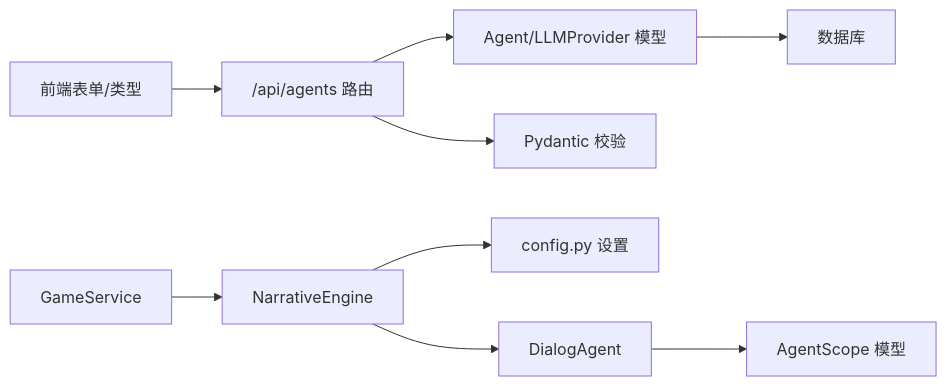
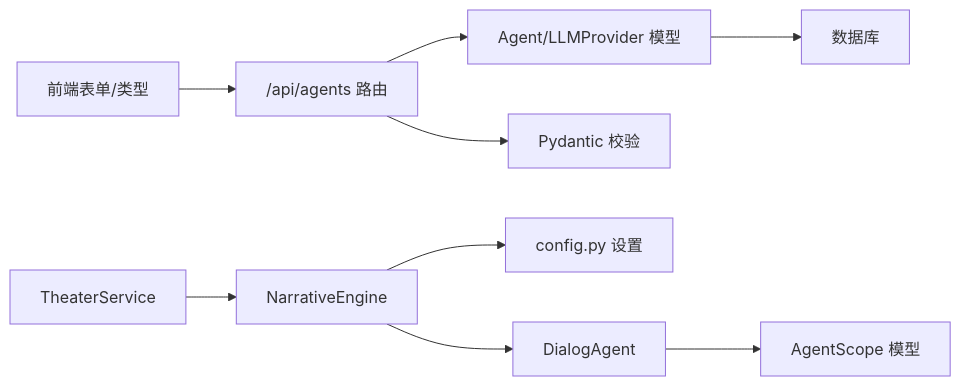
One commit to KunLabAI/KunFlix changed the sixth of 6 diagrams in .qoder/repowiki/zh/content/数据库设计/智能体模型.md. Above: the diagram before and after it, drawn with Mermaid. The commit also changed other lines of this file and 112 other files, not shown here.

````diff
--- a/.qoder/repowiki/zh/content/数据库设计/智能体模型.md
+++ b/.qoder/repowiki/zh/content/数据库设计/智能体模型.md
@@ -359,11 +359,11 @@
 ```mermaid
 graph LR
 FE["前端表单/类型"] --> RT["/api/agents 路由"]
 RT --> MD["Agent/LLMProvider 模型"]
 RT --> SCH["Pydantic 校验"]
-SVC["GameService"] --> ENG["NarrativeEngine"]
+SVC["TheaterService"] --> ENG["NarrativeEngine"]
 ENG --> CFG["config.py 设置"]
 ENG --> AGT["DialogAgent"]
 AGT --> SCOPE["AgentScope 模型"]
 MD --> DB["数据库"]
 ```
````
